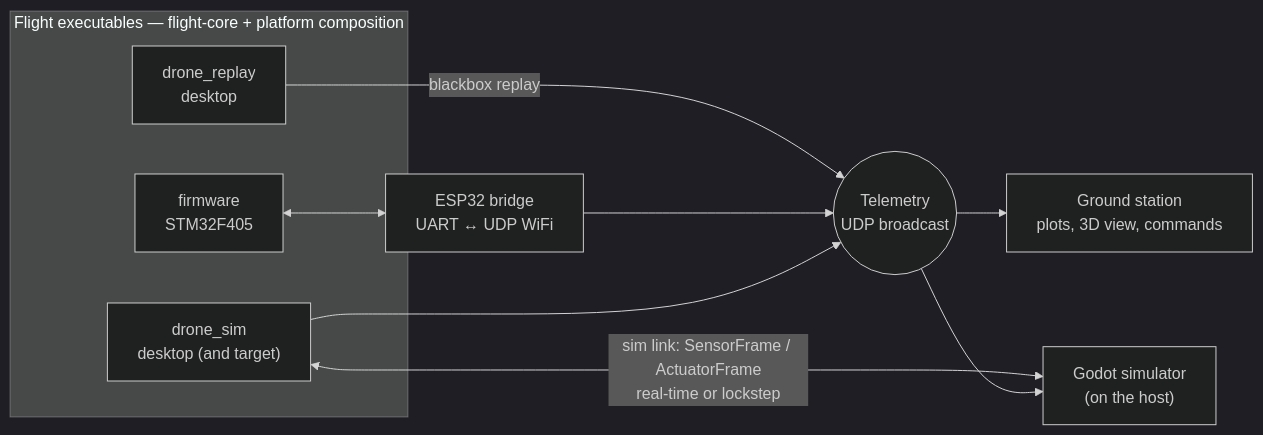
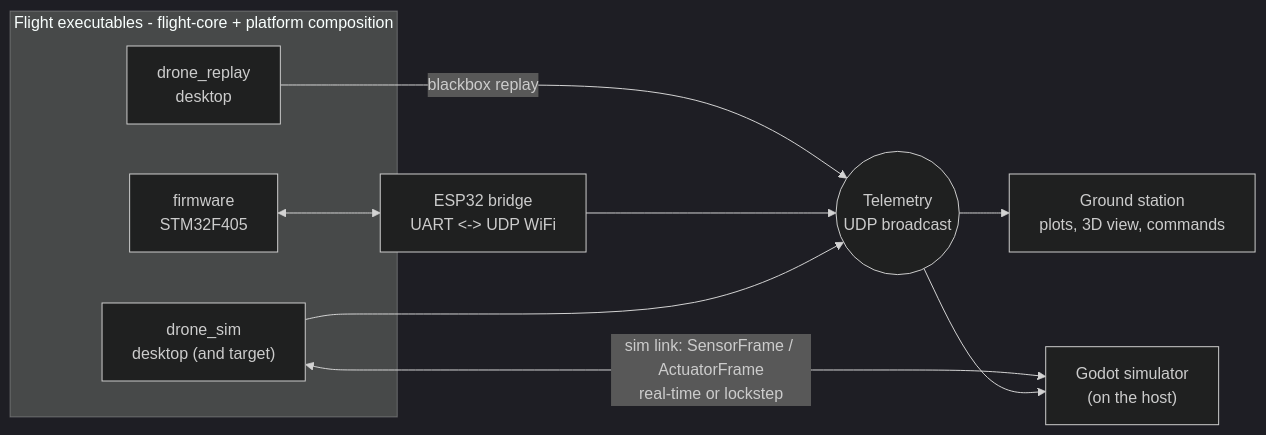
Before and after one commit to Keyrim/drone-mark4: the first of 2 diagrams in docs/architecture.md, drawn with Mermaid (dark theme). The commit also changed other lines of this file and 17 other files, not shown here.

````diff
--- a/docs/architecture.md
+++ b/docs/architecture.md
@@ -9,21 +9,21 @@
 ```mermaid
 flowchart LR
-    subgraph flight["Flight executables — flight-core + platform composition"]
+    subgraph flight["Flight executables - flight-core + platform composition"]
         FW["firmware<br/>STM32F405"]
         DS["drone_sim<br/>desktop (and target)"]
         DR["drone_replay<br/>desktop"]
     end
 
-    ESP["ESP32 bridge<br/>UART ↔ UDP WiFi"]
+    ESP["ESP32 bridge<br/>UART <-> UDP WiFi"]
     GODOT["Godot simulator<br/>(on the host)"]
     GS["Ground station<br/>plots, 3D view, commands"]
     BUS(("Telemetry<br/>UDP broadcast"))
 
     FW <--> ESP
     DS <-->|"sim link: SensorFrame / ActuatorFrame<br/>real-time or lockstep"| GODOT
     DR -->|"blackbox replay"| BUS
     ESP --> BUS
     DS --> BUS
     BUS --> GS
     BUS --> GODOT
 ```
````
